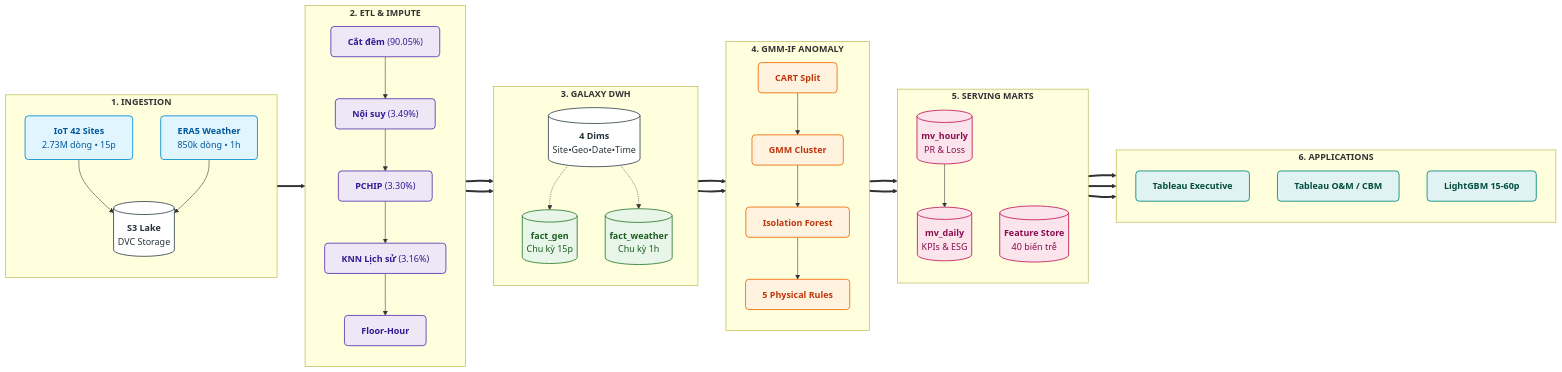
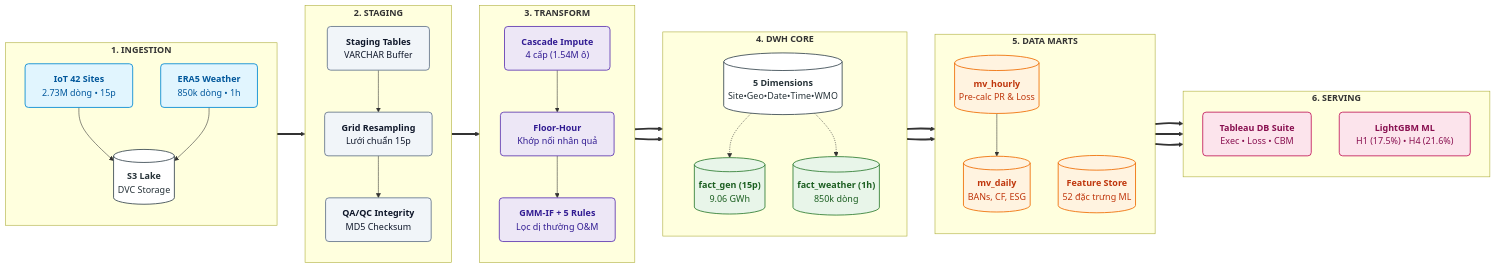
The second of 3 diagrams in README.md (nguyenvunhut/solar-engergy), drawn with Mermaid before and after one commit. The commit also changed other lines of this file and 6 other files, not shown here.

````diff
--- a/README.md
+++ b/README.md
@@ -100,81 +104,76 @@
 ```mermaid
 flowchart LR
-    %% Định nghĩa bảng màu trực quan cho từng tầng
+    %% Bảng màu trực quan chuẩn hóa cho 6 tầng kiến trúc
     classDef l1 fill:#E1F5FE,stroke:#0288D1,stroke-width:1.5px,color:#01579B,rx:6px,ry:6px;
-    classDef l2 fill:#EDE7F6,stroke:#5E35B1,stroke-width:1.5px,color:#311B92,rx:6px,ry:6px;
-    classDef l3 fill:#E8F5E9,stroke:#2E7D32,stroke-width:1.5px,color:#1B5E20,rx:6px,ry:6px;
-    classDef l4 fill:#FFF3E0,stroke:#EF6C00,stroke-width:1.5px,color:#BF360C,rx:6px,ry:6px;
-    classDef l5 fill:#FCE4EC,stroke:#C2185B,stroke-width:1.5px,color:#880E4F,rx:6px,ry:6px;
-    classDef l6 fill:#E0F2F1,stroke:#00897B,stroke-width:1.5px,color:#004D40,rx:6px,ry:6px;
+    classDef l2 fill:#F1F5F9,stroke:#64748B,stroke-width:1.5px,color:#0F172A,rx:6px,ry:6px;
+    classDef l3 fill:#EDE7F6,stroke:#5E35B1,stroke-width:1.5px,color:#311B92,rx:6px,ry:6px;
+    classDef l4 fill:#E8F5E9,stroke:#2E7D32,stroke-width:1.5px,color:#1B5E20,rx:6px,ry:6px;
+    classDef l5 fill:#FFF3E0,stroke:#EF6C00,stroke-width:1.5px,color:#BF360C,rx:6px,ry:6px;
+    classDef l6 fill:#FCE4EC,stroke:#C2185B,stroke-width:1.5px,color:#880E4F,rx:6px,ry:6px;
     classDef db fill:#FFFFFF,stroke:#37474F,stroke-width:1.5px,color:#263238,rx:4px,ry:4px;
 
-    %% 1. INGESTION
+    %% 1. INGESTION LAYER
     subgraph L1 ["<b>1. INGESTION</b>"]
         direction TB
         S1["<b>IoT 42 Sites</b><br/>2.73M dòng • 15p"]:::l1
         S2["<b>ERA5 Weather</b><br/>850k dòng • 1h"]:::l1
         S3[("<b>S3 Lake</b><br/>DVC Storage")]:::db
         S1 --> S3
         S2 --> S3
     end
 
-    %% 2. ETL & IMPUTATION
-    subgraph L2 ["<b>2. ETL & IMPUTE</b>"]
+    %% 2. STAGING LAYER
+    subgraph L2 ["<b>2. STAGING</b>"]
         direction TB
-        I1["<b>Cắt đêm</b> (90.05%)"]:::l2
-        I2["<b>Nội suy</b> (3.49%)"]:::l2
-        I3["<b>PCHIP</b> (3.30%)"]:::l2
-        I4["<b>KNN Lịch sử</b> (3.16%)"]:::l2
-        I5["<b>Floor-Hour</b>"]:::l2
-        I1 --> I2 --> I3 --> I4 --> I5
+        ST1["<b>Staging Tables</b><br/>VARCHAR Buffer"]:::l2
+        ST2["<b>Grid Resampling</b><br/>Lưới chuẩn 15p"]:::l2
+        ST3["<b>QA/QC Integrity</b><br/>MD5 Checksum"]:::l2
+        ST1 --> ST2 --> ST3
     end
 
-    %% 3. GALAXY DWH
-    subgraph L3 ["<b>3. GALAXY DWH</b>"]
+    %% 3. TRANSFORM & CLEANING
+    subgraph L3 ["<b>3. TRANSFORM</b>"]
         direction TB
-        D1[("<b>fact_gen</b><br/>Chu kỳ 15p")]:::l3
-        D2[("<b>fact_weather</b><br/>Chu kỳ 1h")]:::l3
-        D3[("<b>4 Dims</b><br/>Site•Geo•Date•Time")]:::db
+        T1["<b>Cascade Impute</b><br/>4 cấp (1.54M ô)"]:::l3
+        T2["<b>Floor-Hour</b><br/>Khớp nối nhân quả"]:::l3
+        T3["<b>GMM-IF + 5 Rules</b><br/>Lọc dị thường O&M"]:::l3
+        T1 --> T2 --> T3
+    end
+
+    %% 4. DWH CORE (GALAXY SCHEMA)
+    subgraph L4 ["<b>4. DWH CORE</b>"]
+        direction TB
+        D1[("<b>fact_gen (15p)</b><br/>9.06 GWh")]:::l4
+        D2[("<b>fact_weather (1h)</b><br/>850k dòng")]:::l4
+        D3[("<b>5 Dimensions</b><br/>Site•Geo•Date•Time•WMO")]:::db
         D3 -.-> D1
         D3 -.-> D2
     end
 
-    %% 4. ANOMALY DETECTION
-    subgraph L4 ["<b>4. GMM-IF ANOMALY</b>"]
+    %% 5. DATA MARTS LAYER
+    subgraph L5 ["<b>5. DATA MARTS</b>"]
         direction TB
-        A1["<b>CART Split</b>"]:::l4
-        A2["<b>GMM Cluster</b>"]:::l4
-        A3["<b>Isolation Forest</b>"]:::l4
-        A4["<b>5 Physical Rules</b>"]:::l4
-        A1 --> A2 --> A3 --> A4
-    end
-
-    %% 5. SERVING MARTS
-    subgraph L5 ["<b>5. SERVING MARTS</b>"]
-        direction TB
-        M1[("<b>mv_hourly</b><br/>PR & Loss")]:::l5
-        M2[("<b>mv_daily</b><br/>KPIs & ESG")]:::l5
-        M3[("<b>Feature Store</b><br/>40 biến trễ")]:::l5
+        M1[("<b>mv_hourly</b><br/>Pre-calc PR & Loss")]:::l5
+        M2[("<b>mv_daily</b><br/>BANs, CF, ESG")]:::l5
+        M3[("<b>Feature Store</b><br/>52 đặc trưng ML")]:::l5
         M1 --> M2
     end
 
-    %% 6. APPLICATIONS
-    subgraph L6 ["<b>6. APPLICATIONS</b>"]
+    %% 6. SERVING & APPLICATIONS
+    subgraph L6 ["<b>6. SERVING</b>"]
         direction TB
-        T1["<b>Tableau Executive</b>"]:::l6
-        T2["<b>Tableau O&M / CBM</b>"]:::l6
-        T3["<b>LightGBM 15-60p</b>"]:::l6
+        A1["<b>Tableau DB Suite</b><br/>Exec • Loss • CBM"]:::l6
+        A2["<b>LightGBM ML</b><br/>H1 (17.5%) • H4 (21.6%)"]:::l6
     end
 
-    %% PIPELINE INTER-LAYER FLOW
-    S3 ==> I1
-    I5 ==> D1
-    I5 ==> D2
-    D1 ==> A1
-    D2 ==> A1
-    A4 ==> M1
-    A4 ==> M3
-    M2 ==> T1
-    M1 ==> T2
-    M3 ==> T3
+    %% PIPELINE FLOW CONNECTIONS
+    S3 ==> ST1
+    ST3 ==> T1
+    T3 ==> D1
+    T2 ==> D2
+    D1 ==> M1
+    D1 ==> M3
+    M2 ==> A1
+    M1 ==> A1
+    M3 ==> A2
 ```
````
